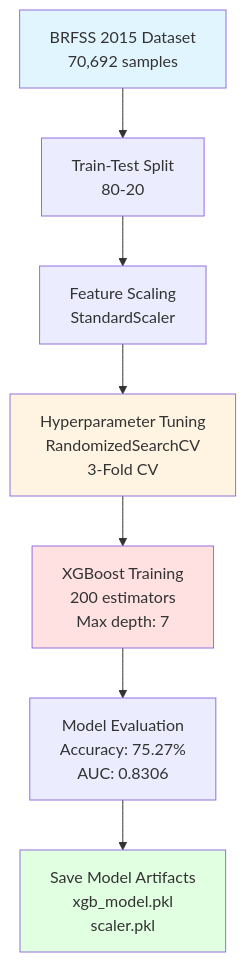
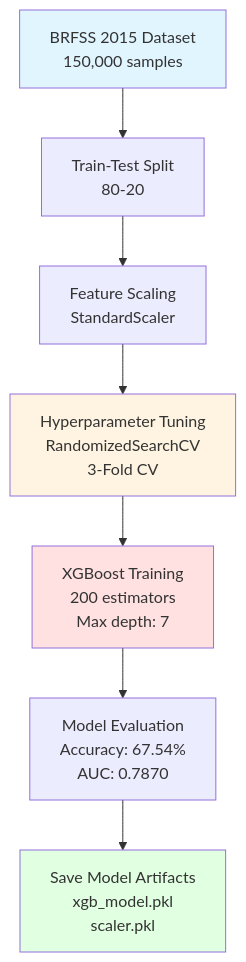
The diagram in Flowcharts/2_Model_Training_Pipeline.md (SAMI-CODEAI/Diabeties), drawn with Mermaid before and after one commit. The commit also changed 22 other files, not shown here.

Commit message:
reasearch,flowchart,notes-update-current version-18/03/2026

````diff
--- a/Flowcharts/2_Model_Training_Pipeline.md
+++ b/Flowcharts/2_Model_Training_Pipeline.md
@@ -3,19 +3,19 @@
 ```mermaid
 flowchart TD
-    A[BRFSS 2015 Dataset<br/>70,692 samples] --> B[Train-Test Split<br/>80-20]
+    A[BRFSS 2015 Dataset<br/>150,000 samples] --> B[Train-Test Split<br/>80-20]
     
     B --> C[Feature Scaling<br/>StandardScaler]
     
     C --> D[Hyperparameter Tuning<br/>RandomizedSearchCV<br/>3-Fold CV]
     
     D --> E[XGBoost Training<br/>200 estimators<br/>Max depth: 7]
     
-    E --> F[Model Evaluation<br/>Accuracy: 75.27%<br/>AUC: 0.8306]
+    E --> F[Model Evaluation<br/>Accuracy: 67.54%<br/>AUC: 0.7870]
     
     F --> G[Save Model Artifacts<br/>xgb_model.pkl<br/>scaler.pkl]
     
     style A fill:#e1f5ff
     style D fill:#fff4e1
     style E fill:#ffe1e1
     style G fill:#e1ffe1
 ```
````
